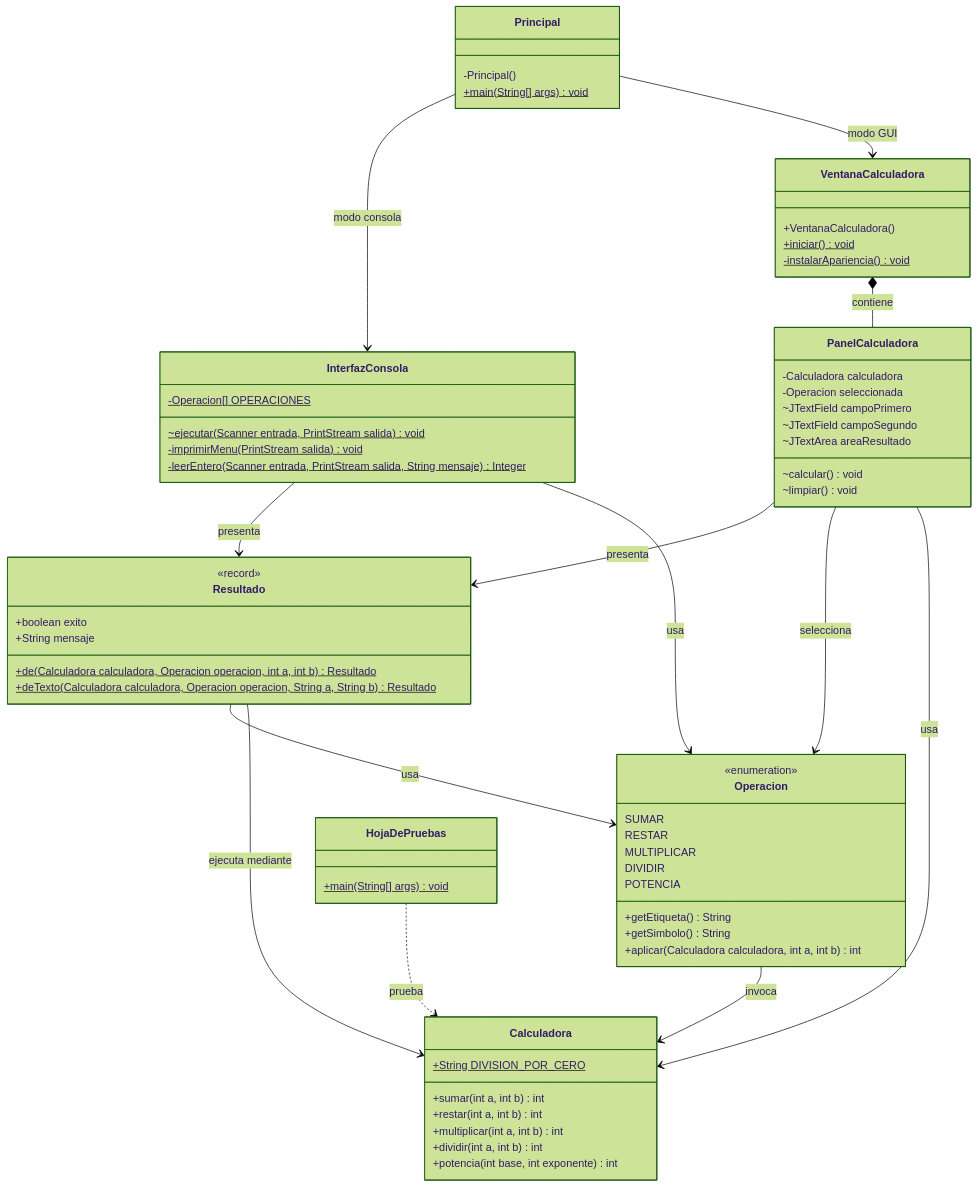
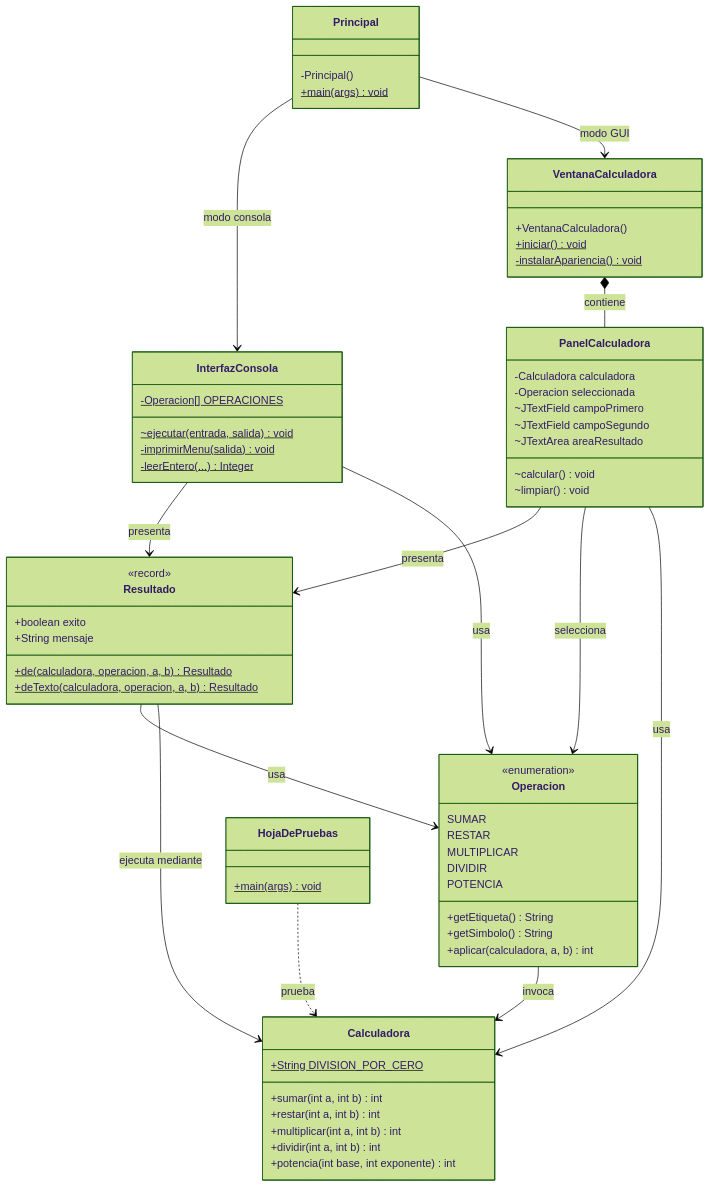
One commit to ssantivr/TRABAJO-DE-CALIDAD-DE-SOFTWARE changed the third of 4 diagrams in README.md. Above: the diagram before and after it, drawn with Mermaid (forest theme).

Commit message:
docs: reducir el tamaño de los diagramas UML del README
Los tres diagramas Mermaid usan letra de 12 px y menos separación entre nodos, y el diagrama de clases abrevia las firmas de los métodos (sin tipos de parámetros) para que ocupe menos ancho.

````diff
--- a/README.md
+++ b/README.md
@@ -233,69 +233,69 @@
 ```mermaid
 classDiagram
     direction TB
     class Principal {
         -Principal()
-        +main(String[] args)$ void
+        +main(args)$ void
     }
     class InterfazConsola {
         -Operacion[] OPERACIONES$
-        ~ejecutar(Scanner entrada, PrintStream salida)$ void
-        -imprimirMenu(PrintStream salida)$ void
-        -leerEntero(Scanner entrada, PrintStream salida, String mensaje)$ Integer
+        ~ejecutar(entrada, salida)$ void
+        -imprimirMenu(salida)$ void
+        -leerEntero(...)$ Integer
     }
     class VentanaCalculadora {
         +VentanaCalculadora()
         +iniciar()$ void
         -instalarApariencia()$ void
     }
     class PanelCalculadora {
         -Calculadora calculadora
         -Operacion seleccionada
         ~JTextField campoPrimero
         ~JTextField campoSegundo
         ~JTextArea areaResultado
         ~calcular() void
         ~limpiar() void
     }
     class Resultado {
         <<record>>
         +boolean exito
         +String mensaje
-        +de(Calculadora calculadora, Operacion operacion, int a, int b)$ Resultado
-        +deTexto(Calculadora calculadora, Operacion operacion, String a, String b)$ Resultado
+        +de(calculadora, operacion, a, b)$ Resultado
+        +deTexto(calculadora, operacion, a, b)$ Resultado
     }
     class Operacion {
         <<enumeration>>
         SUMAR
         RESTAR
         MULTIPLICAR
         DIVIDIR
         POTENCIA
         +getEtiqueta() String
         +getSimbolo() String
-        +aplicar(Calculadora calculadora, int a, int b) int
+        +aplicar(calculadora, a, b) int
     }
     class Calculadora {
         +String DIVISION_POR_CERO$
         +sumar(int a, int b) int
         +restar(int a, int b) int
         +multiplicar(int a, int b) int
         +dividir(int a, int b) int
         +potencia(int base, int exponente) int
     }
     class HojaDePruebas {
-        +main(String[] args)$ void
+        +main(args)$ void
     }
     Principal --> InterfazConsola : modo consola
     Principal --> VentanaCalculadora : modo GUI
     VentanaCalculadora *-- PanelCalculadora : contiene
     InterfazConsola --> Resultado : presenta
     InterfazConsola --> Operacion : usa
     PanelCalculadora --> Resultado : presenta
     PanelCalculadora --> Operacion : selecciona
     PanelCalculadora --> Calculadora : usa
     Resultado --> Operacion : usa
     Resultado --> Calculadora : ejecuta mediante
     Operacion --> Calculadora : invoca
     HojaDePruebas ..> Calculadora : prueba
 ```
````
